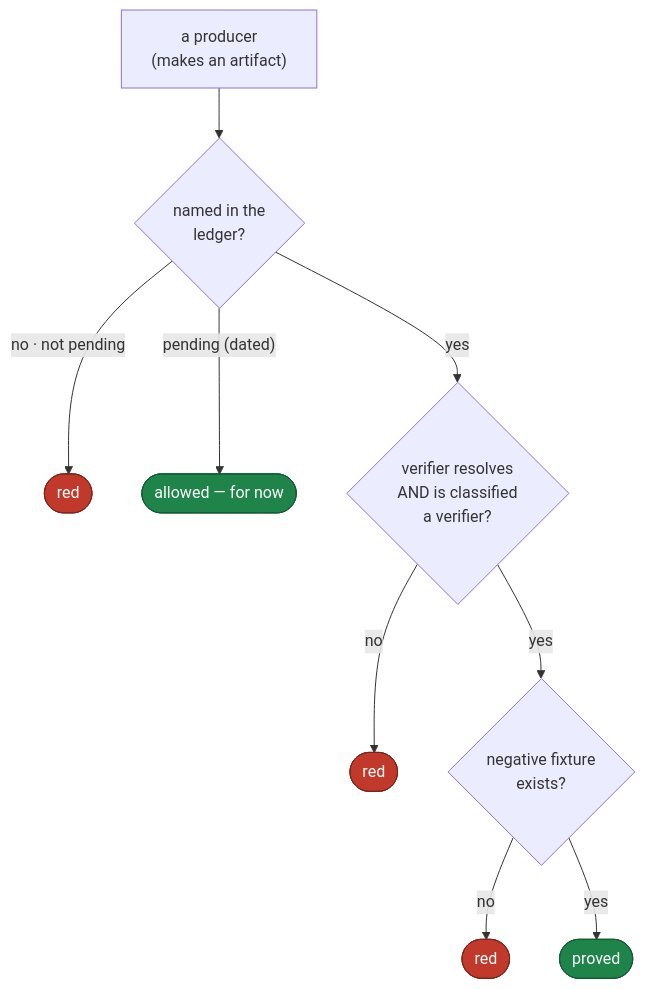
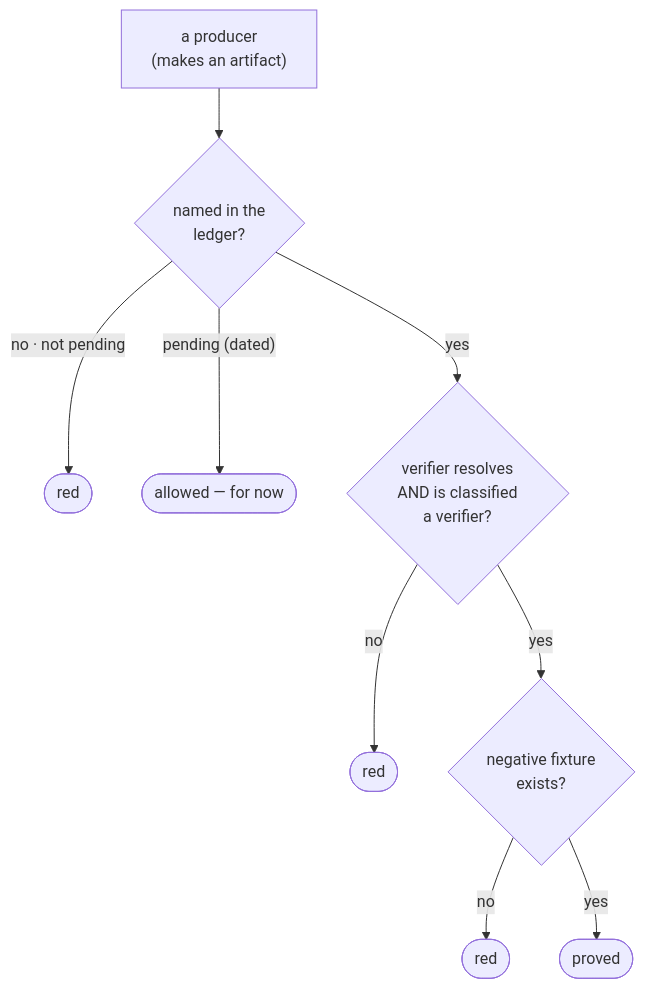
One commit to clintecker/celebrimbor changed the first of 2 diagrams in docs/gate/ledgers.md. Above: the diagram before and after it, drawn with Mermaid. The commit also changed other lines of this file and 12 other files, not shown here.

First line of the commit message:
docs: fix diagram rendering — drop hardcoded mermaid colors, real table headers

````diff
--- a/docs/gate/ledgers.md
+++ b/docs/gate/ledgers.md
@@ -35,15 +35,11 @@
 ```mermaid
 flowchart TD
     P["a producer<br/>(makes an artifact)"] --> Q{named in the<br/>ledger?}
     Q -->|"no · not pending"| R1([red])
     Q -->|"pending (dated)"| OK1([allowed — for now])
     Q -->|yes| V{verifier resolves<br/>AND is classified<br/>a verifier?}
     V -->|no| R2([red])
     V -->|yes| F{negative fixture<br/>exists?}
     F -->|no| R3([red])
     F -->|yes| G([proved])
-    classDef red fill:#c0392b,stroke:#7b241c,color:#fff
-    classDef green fill:#1e8449,stroke:#145a32,color:#fff
-    class R1,R2,R3 red
-    class G,OK1 green
 ```
````
